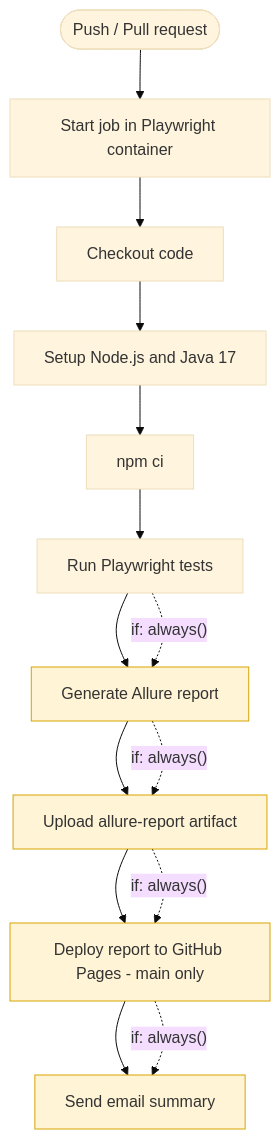
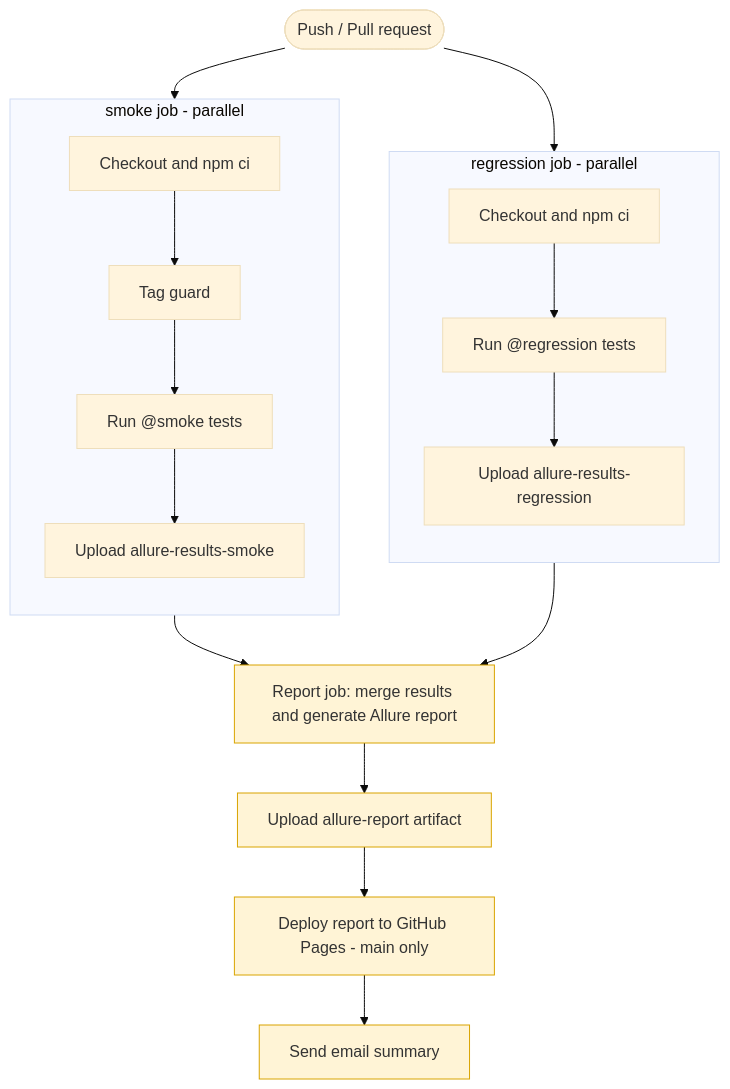
One commit to Lahiru66/Playwright-TS-Framework changed the diagram in README.md. Above: the diagram before and after it, drawn with Mermaid (base theme). The commit also changed other lines of this file and 6 other files, not shown here.

Commit message:
ci: tag tests as smoke/regression and run them as parallel jobs

````diff
--- a/README.md
+++ b/README.md
@@ -105,20 +107,24 @@
 ```mermaid
 flowchart TD
-    A([Push / Pull request]) --> B[Start job in Playwright container]
-    B --> C[Checkout code]
-    C --> D[Setup Node.js and Java 17]
-    D --> E[npm ci]
-    E --> F[Run Playwright tests]
-    F --> G[Generate Allure report]
-    G --> H[Upload allure-report artifact]
+    A([Push / Pull request]) --> S
+    A --> R
+
+    subgraph S [smoke job - parallel]
+        direction TD
+        S1[Checkout and npm ci] --> S2[Tag guard] --> S3["Run @smoke tests"] --> S4[Upload allure-results-smoke]
+    end
+
+    subgraph R [regression job - parallel]
+        direction TD
+        R1[Checkout and npm ci] --> R3["Run @regression tests"] --> R4[Upload allure-results-regression]
+    end
+
+    S --> M[Report job: merge results and generate Allure report]
+    R --> M
+    M --> H[Upload allure-report artifact]
     H --> J[Deploy report to GitHub Pages - main only]
     J --> I[Send email summary]
 
-    F -. "if: always()" .-> G
-    G -. "if: always()" .-> H
-    H -. "if: always()" .-> J
-    J -. "if: always()" .-> I
-
     classDef always fill:#fff4d6,stroke:#d9a400,color:#333;
-    class G,H,I,J always;
+    class M,H,J,I always;
 ```
````
